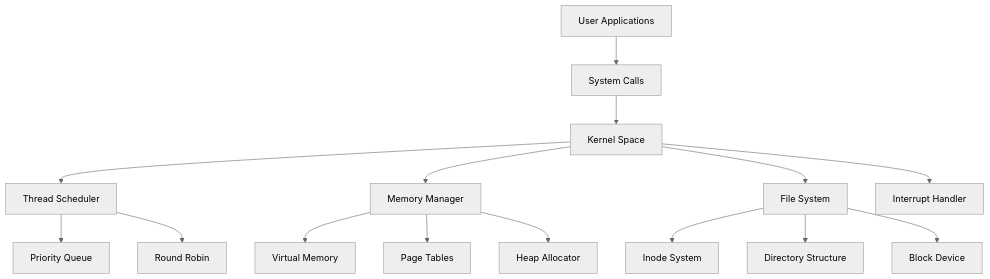
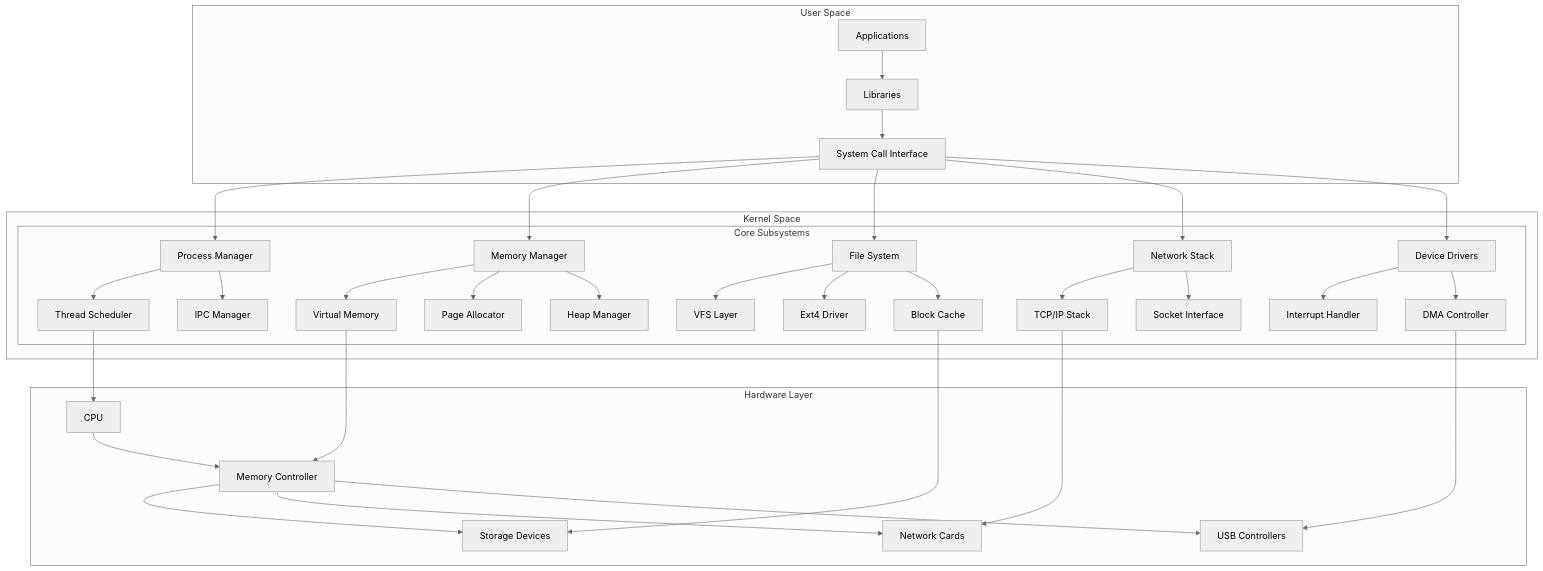
One commit to Isha-Das-06/VectorFlow-OS changed the first of 15 diagrams in README.md. Above: the diagram before and after it, drawn with Mermaid (neutral theme). The commit also changed other lines of this file, not shown here.

````diff
--- a/README.md
+++ b/README.md
@@ -13,20 +25,47 @@
 ```mermaid
 graph TB
-    A[User Applications] --> B[System Calls]
-    B --> C[Kernel Space]
-    C --> D[Thread Scheduler]
-    C --> E[Memory Manager]
-    C --> F[File System]
-    C --> G[Interrupt Handler]
+    subgraph "User Space"
+        A[Applications] --> B[Libraries]
+        B --> C[System Call Interface]
+    end
     
-    D --> H[Priority Queue]
-    D --> I[Round Robin]
+    subgraph "Kernel Space"
+        C --> D[Process Manager]
+        C --> E[Memory Manager]
+        C --> F[File System]
+        C --> G[Network Stack]
+        C --> H[Device Drivers]
+        
+        subgraph "Core Subsystems"
+            D --> I[Thread Scheduler]
+            D --> J[IPC Manager]
+            
+            E --> K[Virtual Memory]
+            E --> L[Page Allocator]
+            E --> M[Heap Manager]
+            
+            F --> N[VFS Layer]
+            F --> O[Ext4 Driver]
+            F --> P[Block Cache]
+            
+            G --> Q[TCP/IP Stack]
+            G --> R[Socket Interface]
+            
+            H --> S[Interrupt Handler]
+            H --> T[DMA Controller]
+        end
+    end
     
-    E --> J[Virtual Memory]
-    E --> K[Page Tables]
-    E --> L[Heap Allocator]
+    subgraph "Hardware Layer"
+        U[CPU] --> V[Memory Controller]
+        V --> W[Storage Devices]
+        V --> X[Network Cards]
+        V --> Y[USB Controllers]
+    end
     
-    F --> M[Inode System]
-    F --> N[Directory Structure]
-    F --> O[Block Device]
+    I --> U
+    K --> V
+    P --> W
+    Q --> X
+    T --> Y
 ```
````
